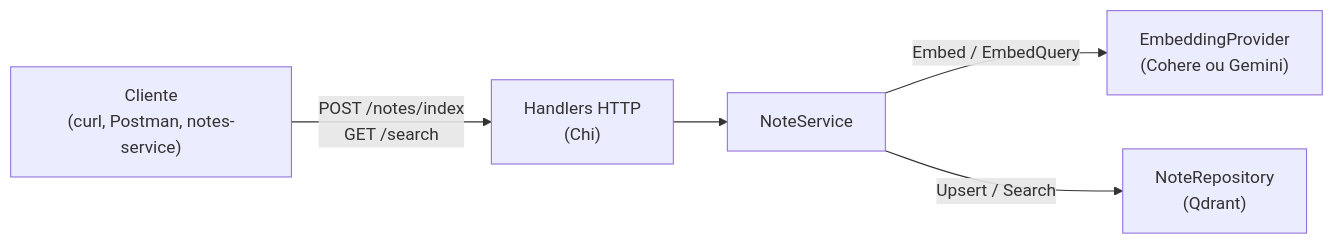
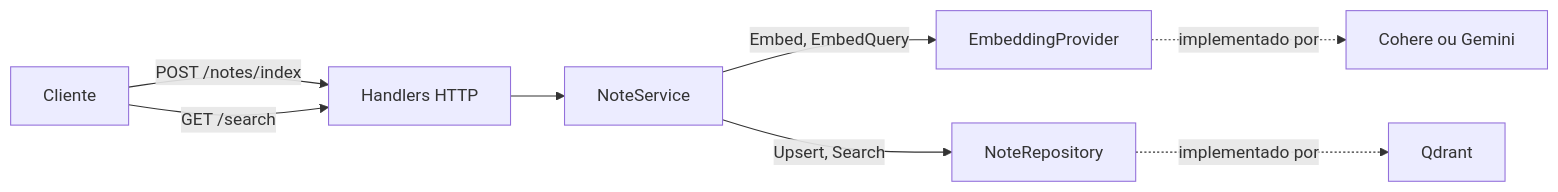
The diagram in README.md (Kevinmso/notz-search), drawn with Mermaid before and after one commit.

Commit message:
docs: add a descriptive README
Documents what the project is, how indexing and search work (including
why documents and queries are embedded in different modes), the layered
architecture, quick start, environment variables, the HTTP API, testing
and a troubleshooting table built from problems hit during development.

````diff
--- a/README.md
+++ b/README.md
@@ -33,7 +33,10 @@
 ```mermaid
 flowchart LR
-    C["Cliente<br/>(curl, Postman, notes-service)"] -->|"POST /notes/index<br/>GET /search"| H["Handlers HTTP<br/>(Chi)"]
+    C["Cliente"] -->|"POST /notes/index"| H["Handlers HTTP"]
+    C -->|"GET /search"| H
     H --> S["NoteService"]
-    S -->|"Embed / EmbedQuery"| E["EmbeddingProvider<br/>(Cohere ou Gemini)"]
-    S -->|"Upsert / Search"| R["NoteRepository<br/>(Qdrant)"]
+    S -->|"Embed, EmbedQuery"| E["EmbeddingProvider"]
+    S -->|"Upsert, Search"| R["NoteRepository"]
+    E -.->|"implementado por"| CG["Cohere ou Gemini"]
+    R -.->|"implementado por"| Q["Qdrant"]
 ```
````
